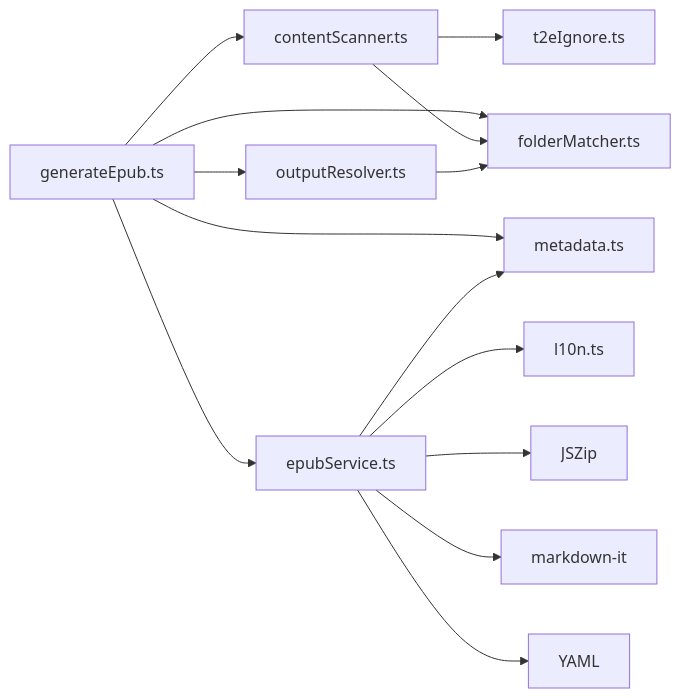
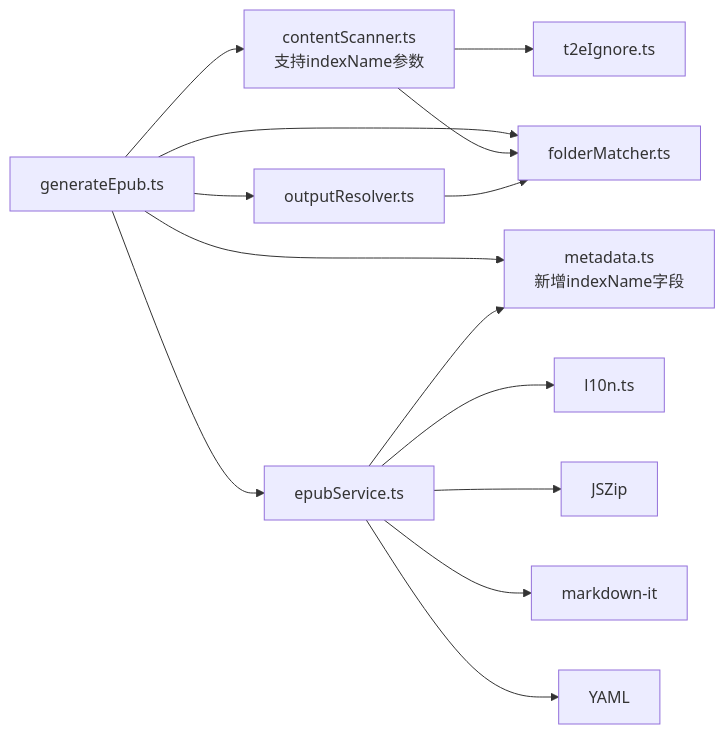
The sixth of 6 diagrams in .qoder/repowiki/zh/content/开发者指南/测试指南.md (someok/vscode-folder2epub), drawn with Mermaid before and after one commit. The commit also changed other lines of this file and 4 other files, not shown here.

````diff
--- a/.qoder/repowiki/zh/content/开发者指南/测试指南.md
+++ b/.qoder/repowiki/zh/content/开发者指南/测试指南.md
@@ -289,16 +324,16 @@
 ```mermaid
 graph LR
-CMD["generateEpub.ts"] --> CS["contentScanner.ts"]
+CMD["generateEpub.ts"] --> CS["contentScanner.ts<br/>支持indexName参数"]
 CMD --> EP["epubService.ts"]
 CMD --> OR["outputResolver.ts"]
-CMD --> META["metadata.ts"]
+CMD --> META["metadata.ts<br/>新增indexName字段"]
 CMD --> FM["folderMatcher.ts"]
 CS --> TI["t2eIgnore.ts"]
 CS --> FM
 EP --> META
 EP --> L10N["l10n.ts"]
 EP --> ZIP["JSZip"]
 EP --> MD["markdown-it"]
 EP --> YML["YAML"]
 OR --> FM
 ```
````
